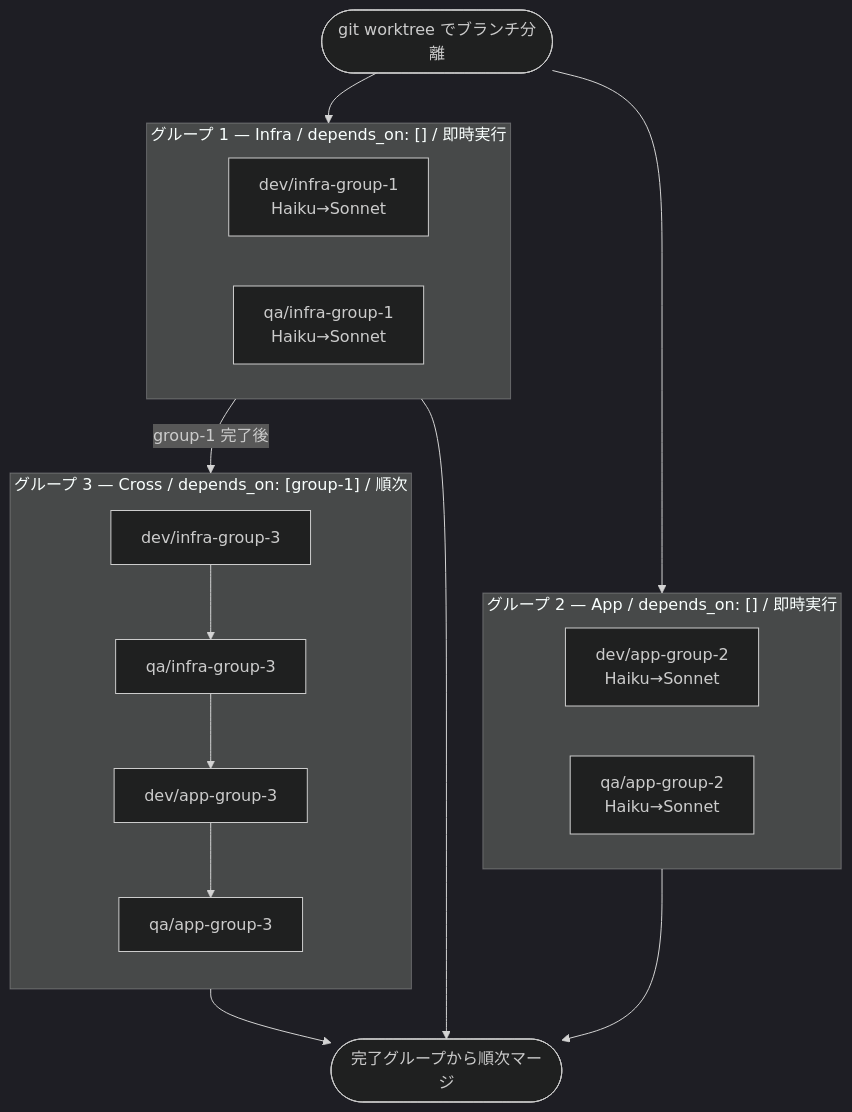
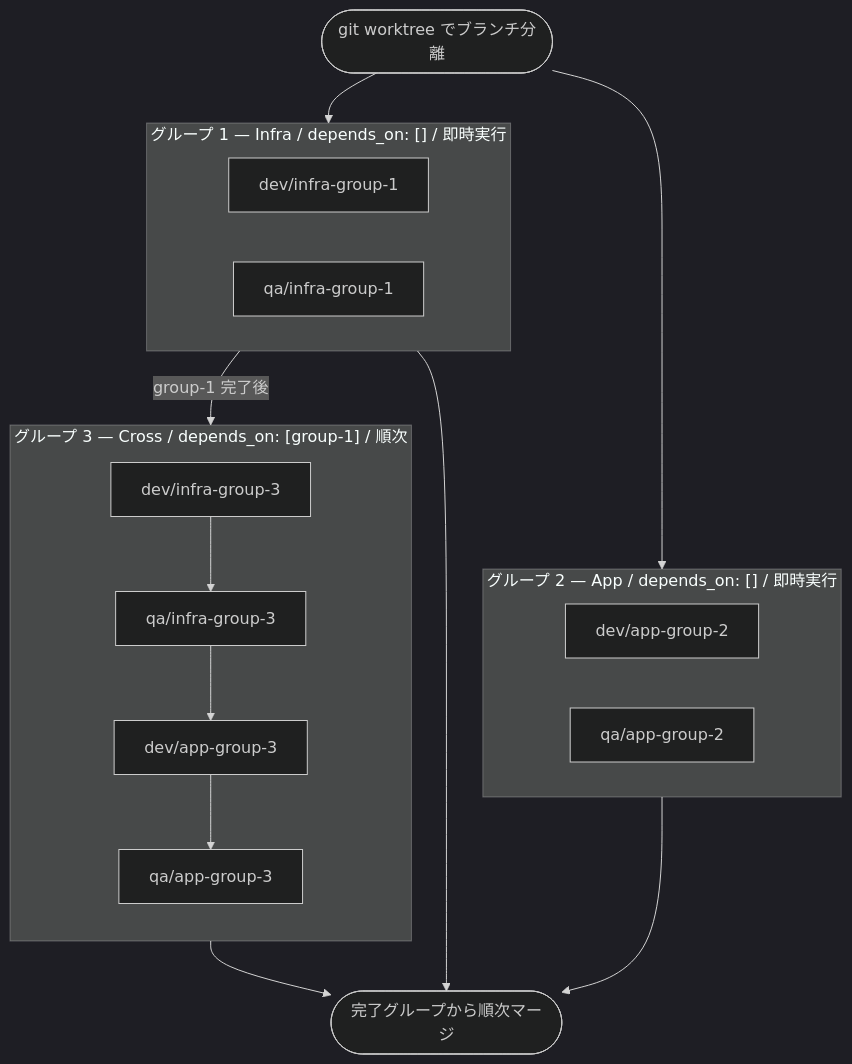
The fourth of 5 diagrams in README.md (youmjww-org/dev-flow-skills), drawn with Mermaid (dark theme) before and after one commit. The commit also changed other lines of this file, not shown here.

First line of the commit message:
README に Codex 併用を書き、図を今のモデル構成に合わせる

````diff
--- a/README.md
+++ b/README.md
@@ -285,31 +304,31 @@
 ```mermaid
 flowchart TD
     Start([git worktree でブランチ分離])
 
     subgraph G1["グループ 1 — Infra / depends_on: [] / 即時実行"]
         direction LR
-        G1Dev["dev/infra-group-1<br/>Haiku→Sonnet"]
-        G1QA["qa/infra-group-1<br/>Haiku→Sonnet"]
+        G1Dev["dev/infra-group-1"]
+        G1QA["qa/infra-group-1"]
     end
 
     subgraph G2["グループ 2 — App / depends_on: [] / 即時実行"]
         direction LR
-        G2Dev["dev/app-group-2<br/>Haiku→Sonnet"]
-        G2QA["qa/app-group-2<br/>Haiku→Sonnet"]
+        G2Dev["dev/app-group-2"]
+        G2QA["qa/app-group-2"]
     end
 
     subgraph G3["グループ 3 — Cross / depends_on: [group-1] / 順次"]
         direction TB
         G3IDev["dev/infra-group-3"] --> G3IQA["qa/infra-group-3"]
         G3IQA --> G3ADev["dev/app-group-3"]
         G3ADev --> G3AQA["qa/app-group-3"]
     end
 
     Start --> G1
     Start --> G2
     G1 -- group-1 完了後 --> G3
 
     G1 --> Merge([完了グループから順次マージ])
     G2 --> Merge
     G3 --> Merge
 ```
````
